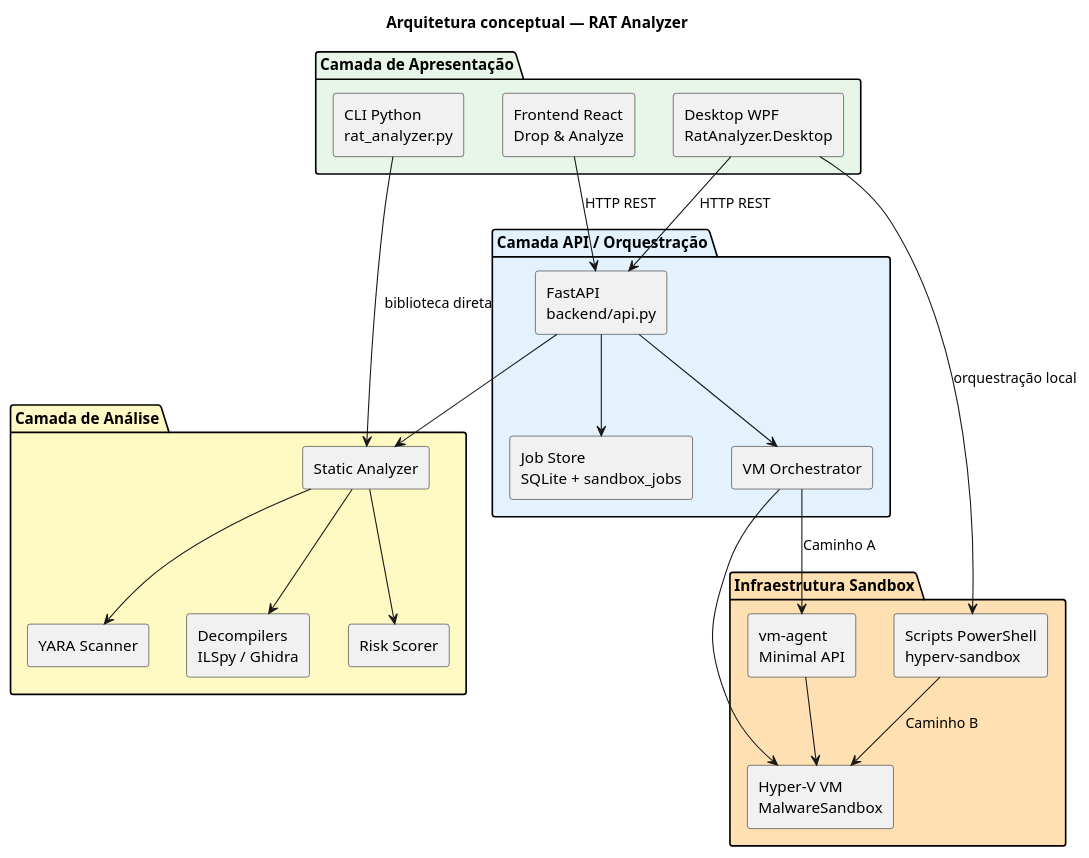
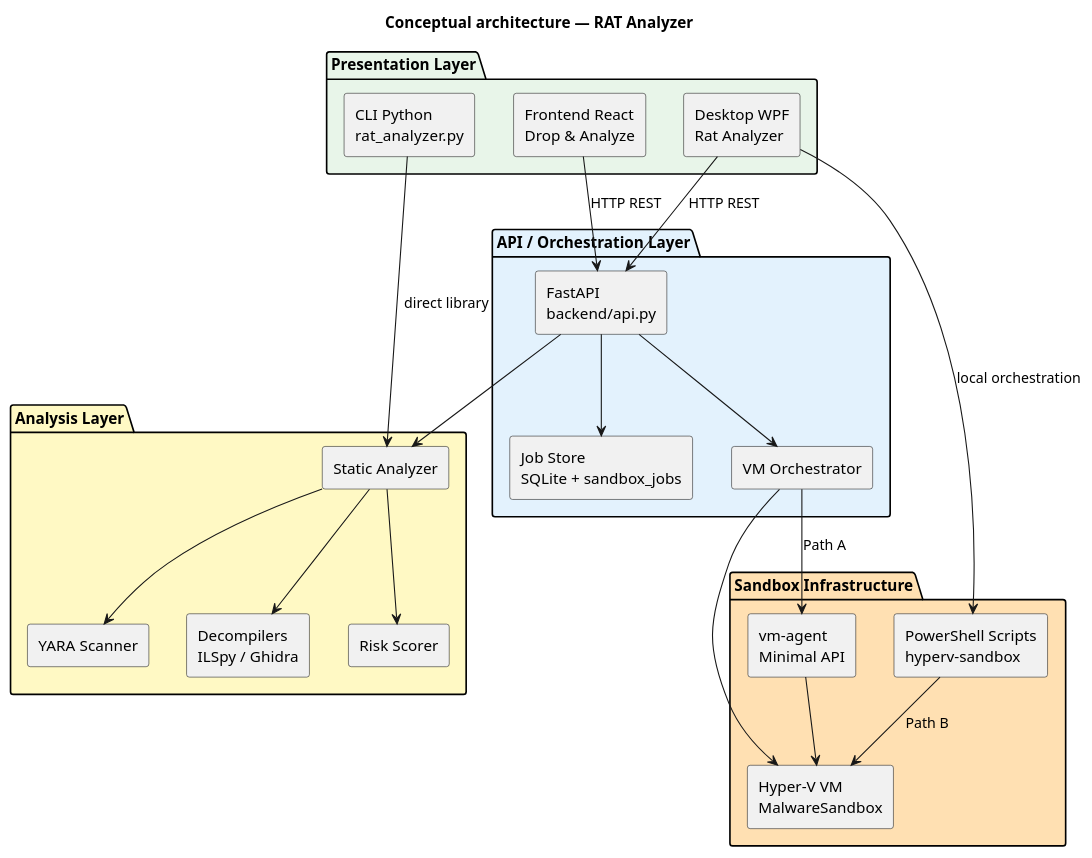
One commit to tlxp/PROJETO changed the diagram in docs/diagrams/analysis-architecture.puml. Above: the diagram before and after it, drawn with PlantUML. The commit also changed other lines of this file and 43 other files, not shown here.

```diff
--- a/docs/diagrams/analysis-architecture.puml
+++ b/docs/diagrams/analysis-architecture.puml
@@ -2,48 +2,48 @@
 @startuml
-title Arquitetura conceptual — RAT Analyzer
+title Conceptual architecture — RAT Analyzer
 skinparam componentStyle rectangle
 skinparam shadowing false
 
-package "Camada de Apresentação" #E8F5E9 {
+package "Presentation Layer" #E8F5E9 {
   [Frontend React\nDrop & Analyze] as FE
-  [Desktop WPF\nRatAnalyzer.Desktop] as WPF
+  [Desktop WPF\nRat Analyzer] as WPF
   [CLI Python\nrat_analyzer.py] as CLI
 }
 
-package "Camada API / Orquestração" #E3F2FD {
+package "API / Orchestration Layer" #E3F2FD {
   [FastAPI\nbackend/api.py] as API
   [Job Store\nSQLite + sandbox_jobs] as DB
   [VM Orchestrator] as VMO
 }
 
-package "Camada de Análise" #FFF9C4 {
+package "Analysis Layer" #FFF9C4 {
   [Static Analyzer] as SA
   [YARA Scanner] as YARA
   [Decompilers\nILSpy / Ghidra] as DEC
   [Risk Scorer] as RS
 }
 
-package "Infraestrutura Sandbox" #FFE0B2 {
+package "Sandbox Infrastructure" #FFE0B2 {
   [Hyper-V VM\nMalwareSandbox] as HV
   [vm-agent\nMinimal API] as AGENT
-  [Scripts PowerShell\nhyperv-sandbox] as PS1
+  [PowerShell Scripts\nhyperv-sandbox] as PS1
 }
 
-' *Clientes HTTP e orquestração local*
+' *HTTP clients and local orchestration*
 FE --> API : HTTP REST
 WPF --> API : HTTP REST
-WPF --> PS1 : orquestração local
-CLI --> SA : biblioteca direta
+WPF --> PS1 : local orchestration
+CLI --> SA : direct library
 API --> SA
 API --> DB
 API --> VMO
 SA --> YARA
 SA --> DEC
 SA --> RS
-' *Dois caminhos independentes para sandbox*
-VMO --> AGENT : Caminho A
+' *Two independent sandbox paths*
+VMO --> AGENT : Path A
 VMO --> HV
-PS1 --> HV : Caminho B
+PS1 --> HV : Path B
 AGENT --> HV
 
 @enduml
```
